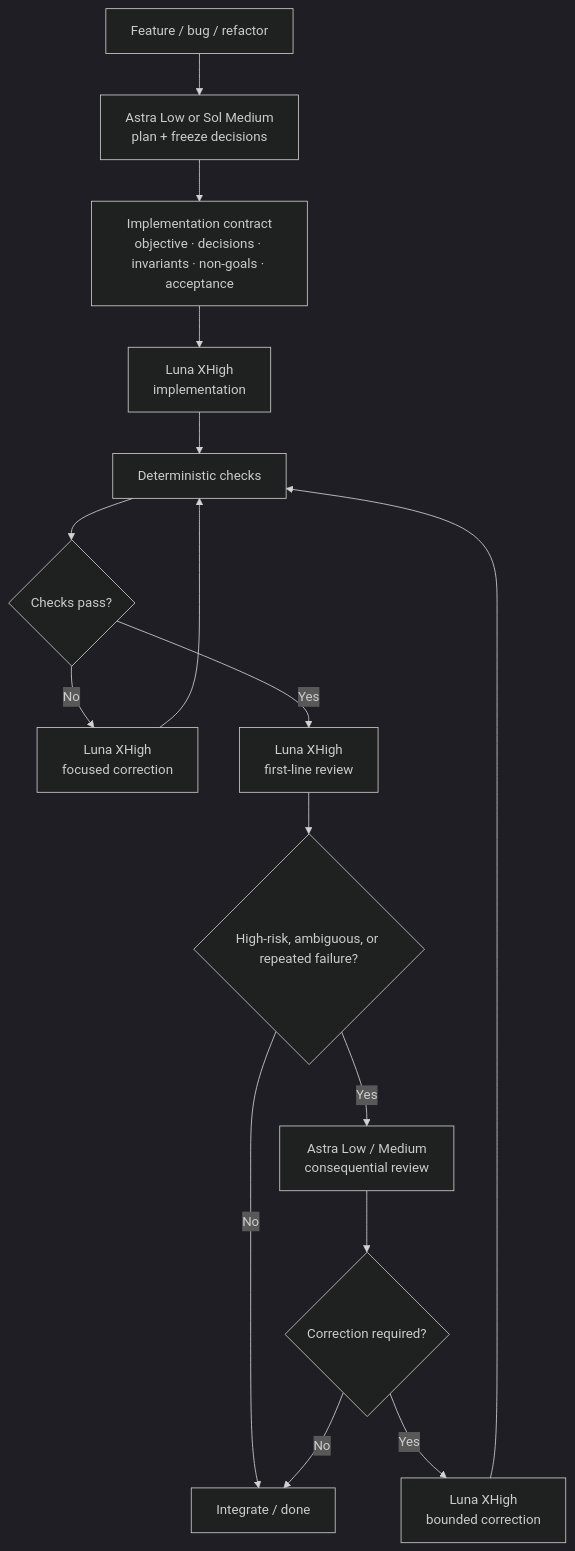
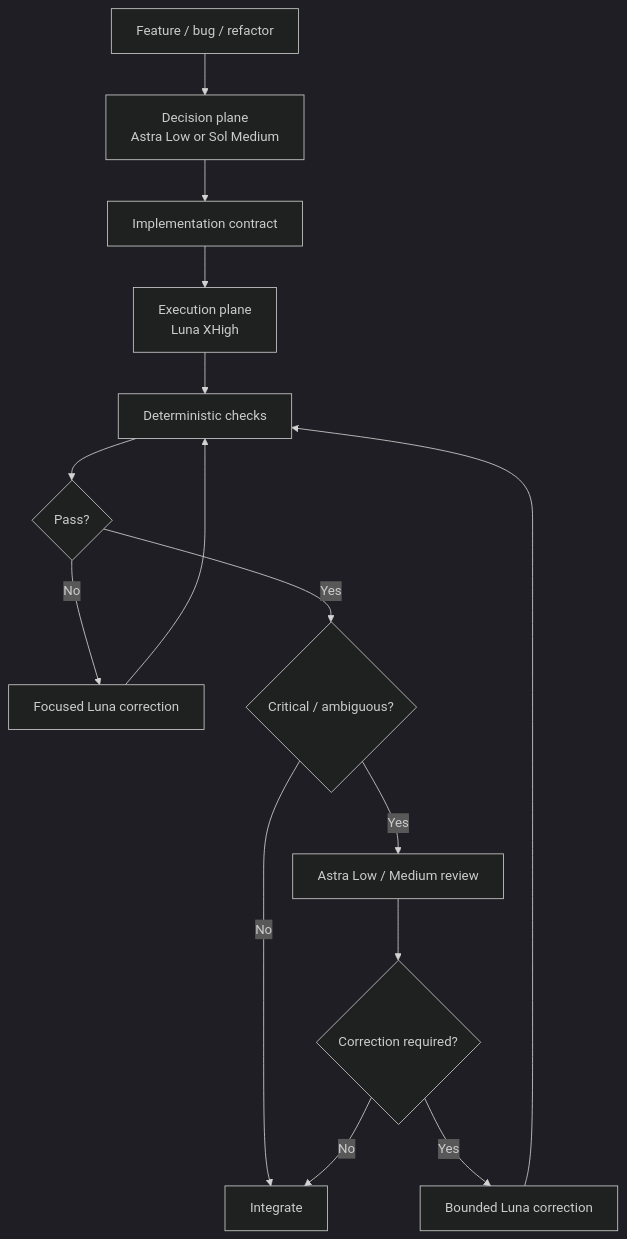
One commit to Strataward/durable-threads changed the sixth of 6 diagrams in docs/articles/frontier-decisions-cheap-execution.md. Above: the diagram before and after it, drawn with Mermaid (dark theme). The commit also changed other lines of this file and 6 other files, not shown here.

````diff
--- a/docs/articles/frontier-decisions-cheap-execution.md
+++ b/docs/articles/frontier-decisions-cheap-execution.md
@@ -191,18 +179,17 @@
 ```mermaid
-flowchart TD
-    U["Feature / bug / refactor"] --> P["Astra Low or Sol Medium<br/>plan + freeze decisions"]
-    P --> C["Implementation contract<br/>objective · decisions · invariants · non-goals · acceptance"]
-    C --> L1["Luna XHigh<br/>implementation"]
-    L1 --> M["Deterministic checks"]
-    M --> OK{"Checks pass?"}
-    OK -->|"No"| LC["Luna XHigh<br/>focused correction"]
-    LC --> M
-    OK -->|"Yes"| LR["Luna XHigh<br/>first-line review"]
-    LR --> R{"High-risk, ambiguous, or repeated failure?"}
-    R -->|"No"| DONE["Integrate / done"]
-    R -->|"Yes"| A["Astra Low / Medium<br/>consequential review"]
-    A --> AF{"Correction required?"}
-    AF -->|"No"| DONE
-    AF -->|"Yes"| L2["Luna XHigh<br/>bounded correction"]
-    L2 --> M
+flowchart TB
+    U["Feature / bug / refactor"] --> P["Decision plane<br/>Astra Low or Sol Medium"]
+    P --> C["Implementation contract"]
+    C --> L["Execution plane<br/>Luna XHigh"]
+    L --> V["Deterministic checks"]
+    V --> Q{"Pass?"}
+    Q -->|"No"| F["Focused Luna correction"]
+    F --> V
+    Q -->|"Yes"| R{"Critical / ambiguous?"}
+    R -->|"No"| D["Integrate"]
+    R -->|"Yes"| A["Astra Low / Medium review"]
+    A --> X{"Correction required?"}
+    X -->|"No"| D
+    X -->|"Yes"| F2["Bounded Luna correction"]
+    F2 --> V
 ```
````
